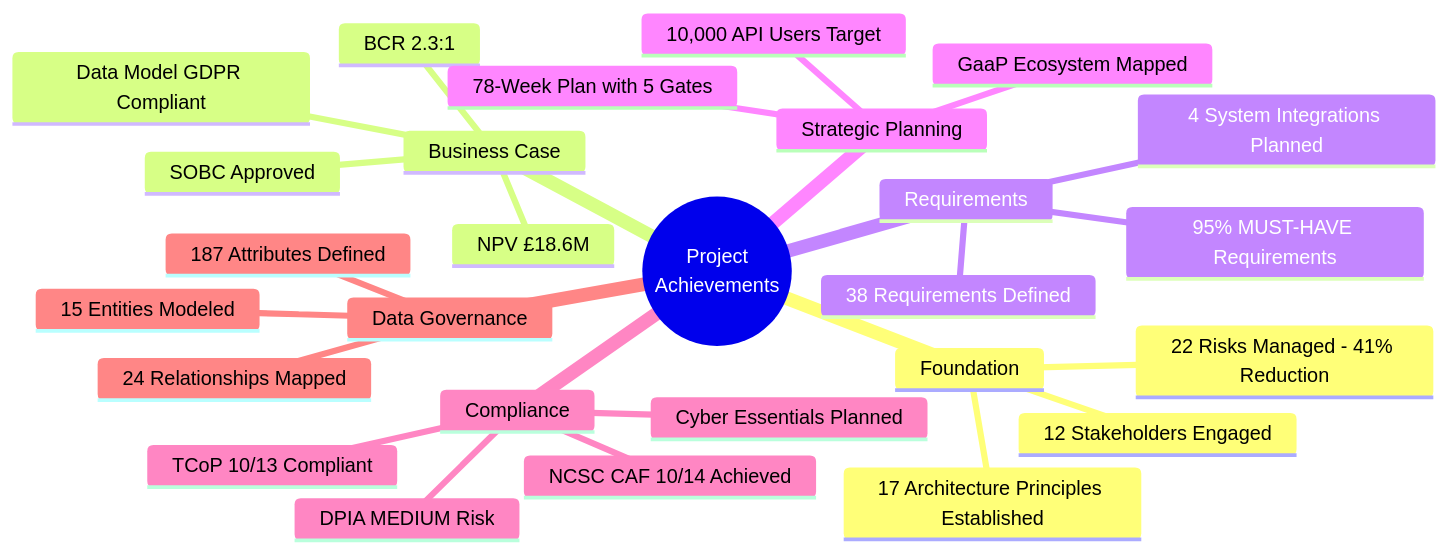
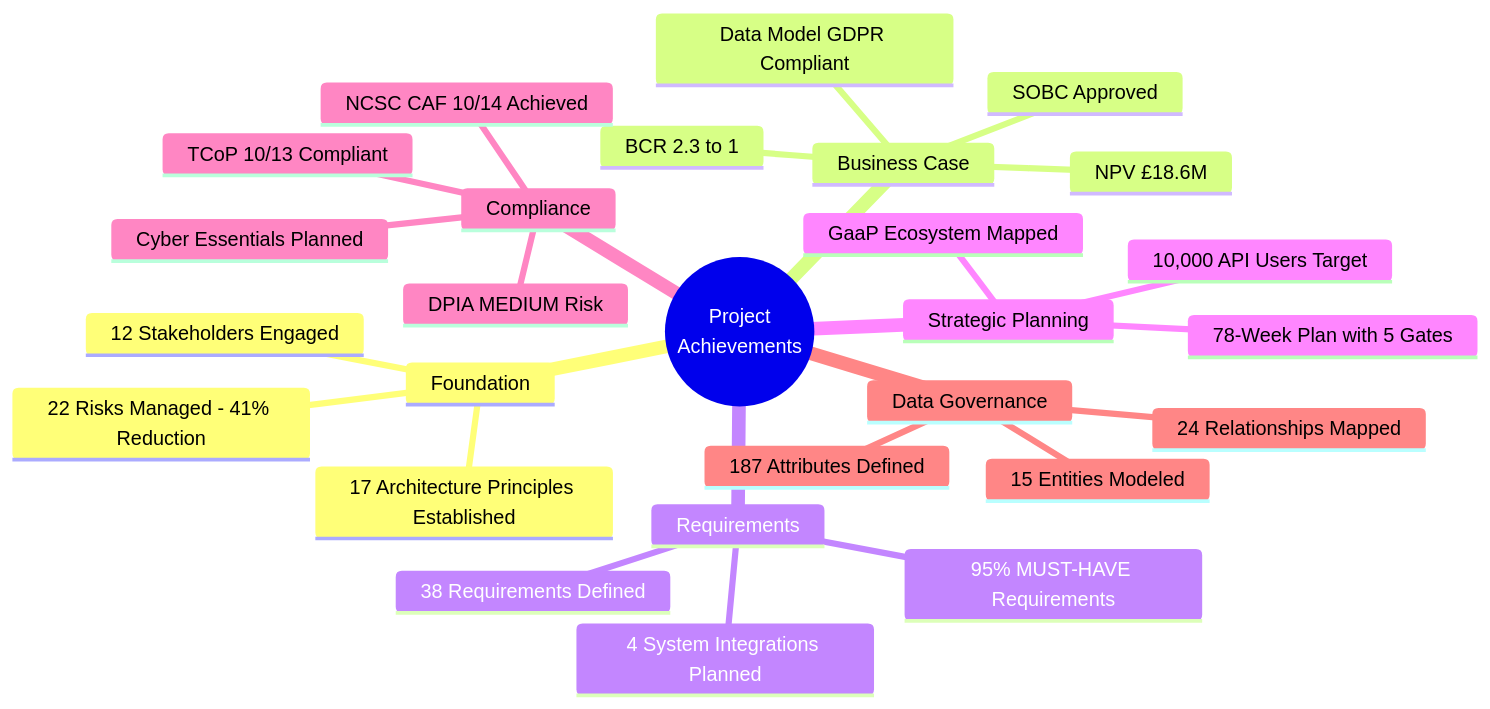
The eighth of 9 diagrams in projects/001-ons-data-platform-modernisation/PROJECT-STORY.md (tractorjuice/arckit-test-project-v8-ons-data-platform), drawn with Mermaid before and after one commit. The commit also changed other lines of this file and 1 other file, not shown here.

Commit message:
fix: resolve Mermaid parsing errors in PROJECT-STORY.md
- Replace "BCR 2.3:1" with "BCR 2.3 to 1" in timeline and mindmap
  diagrams to avoid colon being interpreted as Mermaid syntax
- Update manifest.json timestamp for GitHub Pages regeneration

````diff
--- a/projects/001-ons-data-platform-modernisation/PROJECT-STORY.md
+++ b/projects/001-ons-data-platform-modernisation/PROJECT-STORY.md
@@ -735,30 +735,30 @@
 ```mermaid
 mindmap
   root((Project<br/>Achievements))
     Foundation
       17 Architecture Principles Established
       12 Stakeholders Engaged
       22 Risks Managed - 41% Reduction
     Business Case
       SOBC Approved
       NPV £18.6M
-      BCR 2.3:1
+      BCR 2.3 to 1
       Data Model GDPR Compliant
     Requirements
       38 Requirements Defined
       95% MUST-HAVE Requirements
       4 System Integrations Planned
     Strategic Planning
       78-Week Plan with 5 Gates
       GaaP Ecosystem Mapped
       10,000 API Users Target
     Compliance
       TCoP 10/13 Compliant
       NCSC CAF 10/14 Achieved
       DPIA MEDIUM Risk
       Cyber Essentials Planned
     Data Governance
       15 Entities Modeled
       187 Attributes Defined
       24 Relationships Mapped
 ```
````
